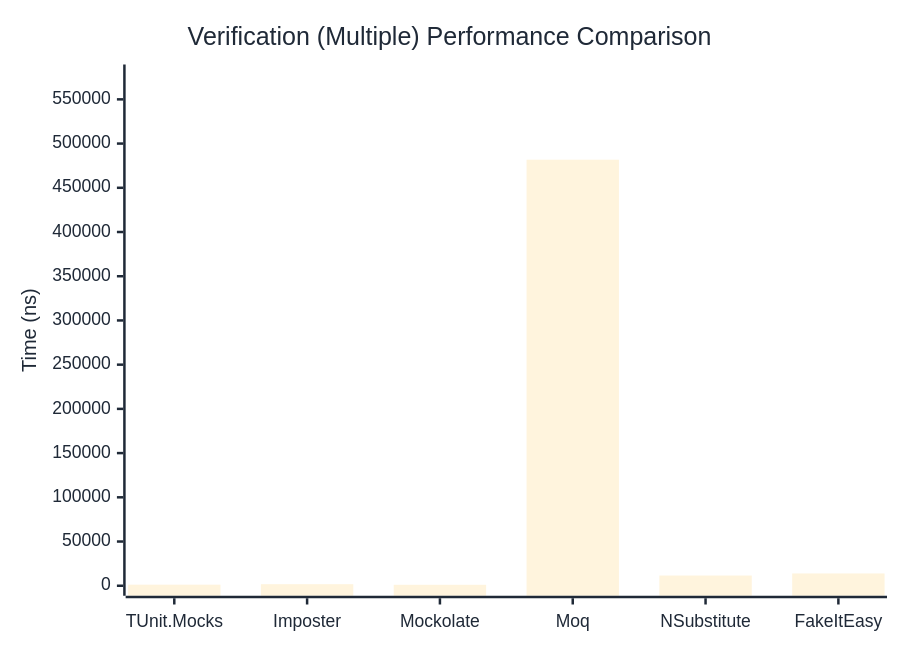
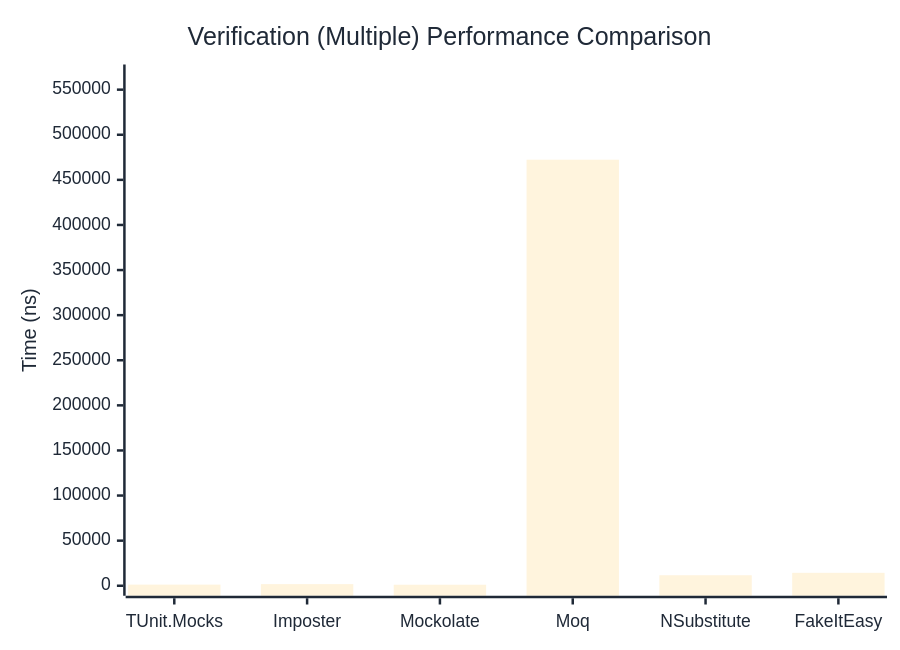
The third of 3 diagrams in docs/docs/benchmarks/mocks/Verification.md (thomhurst/TUnit), drawn with Mermaid before and after one commit. The commit also changed other lines of this file and 14 other files, not shown here.

````diff
--- a/docs/docs/benchmarks/mocks/Verification.md
+++ b/docs/docs/benchmarks/mocks/Verification.md
@@ -112,27 +112,27 @@
 ```mermaid
 %%{init: {
   'theme':'base',
   'themeVariables': {
     'primaryColor': '#2563eb',
     'primaryTextColor': '#1f2937',
     'primaryBorderColor': '#1e40af',
     'lineColor': '#6b7280',
     'secondaryColor': '#7c3aed',
     'tertiaryColor': '#dc2626',
     'background': '#ffffff',
     'pie1': '#2563eb',
     'pie2': '#7c3aed',
     'pie3': '#dc2626',
     'pie4': '#f59e0b',
     'pie5': '#10b981',
     'pie6': '#06b6d4',
     'pie7': '#ec4899',
     'pie8': '#6366f1'
   }
 }}%%
 xychart-beta
   title "Verification (Multiple) Performance Comparison"
   x-axis ["TUnit.Mocks", "Imposter", "Mockolate", "Moq", "NSubstitute", "FakeItEasy"]
-  y-axis "Time (ns)" 0 --> 578106
-  bar [1226.86, 1776.76, 1085.32, 481754.37, 11544.05, 13900.81]
+  y-axis "Time (ns)" 0 --> 566803
+  bar [1262.84, 1788.23, 1114.03, 472335.22, 11645.99, 14327.04]
 ```
````
